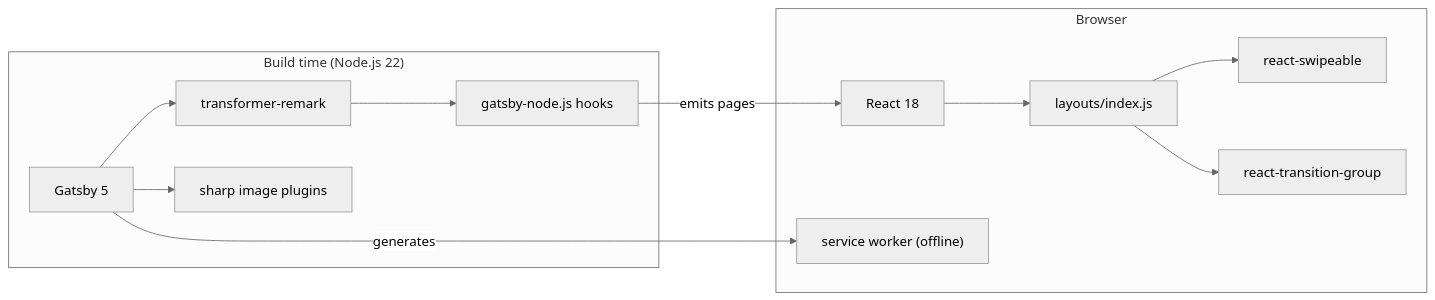
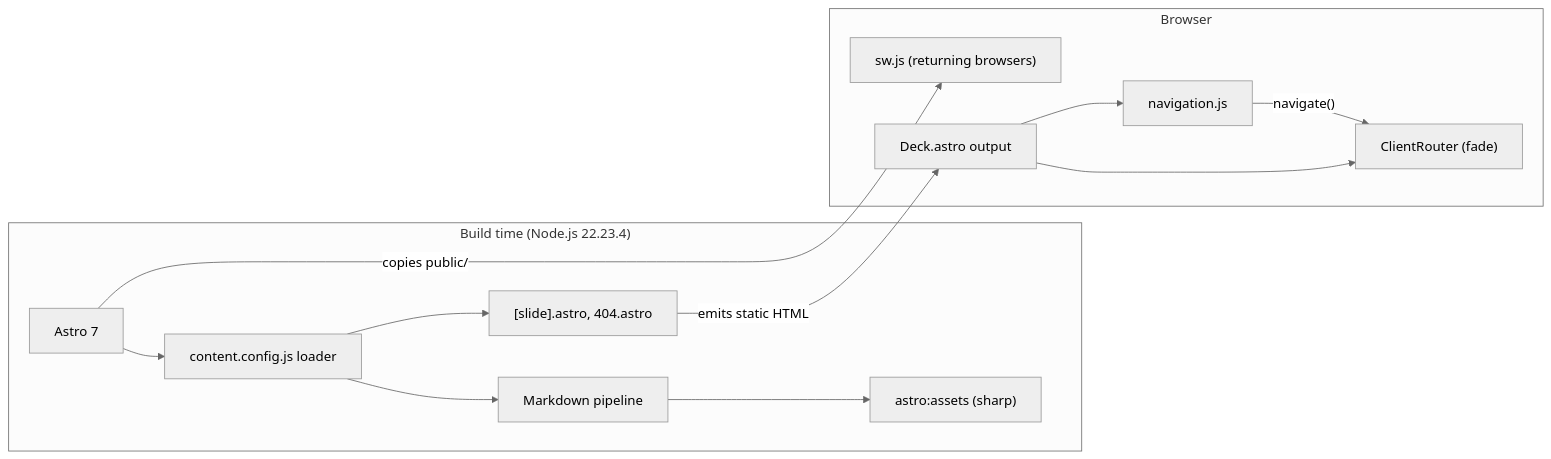
One commit to sshahar1/introduction-to-data-engineering changed the diagram in .specify/architect/views/system/development.md. Above: the diagram before and after it, drawn with Mermaid (neutral theme). The commit also changed other lines of this file and 7 other files, not shown here.

First line of the commit message:
docs: regenerate AD.md for the Astro architecture (T033)

````diff
--- a/.specify/architect/views/system/development.md
+++ b/.specify/architect/views/system/development.md
@@ -55,23 +58,24 @@
 ```mermaid
 graph LR
-    subgraph BuildTime["Build time (Node.js 22)"]
-        Gatsby["Gatsby 5"]
-        Remark["transformer-remark"]
-        Sharp["sharp image plugins"]
-        Node["gatsby-node.js hooks"]
+    subgraph BuildTime["Build time (Node.js 22.23.4)"]
+        Astro["Astro 7"]
+        Loader["content.config.js loader"]
+        MD["Markdown pipeline"]
+        Sharp["astro:assets (sharp)"]
+        Pages["[slide].astro, 404.astro"]
     end
     subgraph Browser["Browser"]
-        React["React 18"]
-        Layout["layouts/index.js"]
-        Swipe["react-swipeable"]
-        RTG["react-transition-group"]
-        SW["service worker (offline)"]
+        Deck["Deck.astro output"]
+        Router["ClientRouter (fade)"]
+        Nav["navigation.js"]
+        Kill["sw.js (returning browsers)"]
     end
-    Gatsby --> Remark --> Node
-    Gatsby --> Sharp
-    Node -->|"emits pages"| React
-    React --> Layout
-    Layout --> Swipe
-    Layout --> RTG
-    Gatsby -->|"generates"| SW
+    Astro --> Loader --> MD
+    MD --> Sharp
+    Loader --> Pages
+    Pages -->|"emits static HTML"| Deck
+    Deck --> Router
+    Deck --> Nav
+    Nav -->|"navigate()"| Router
+    Astro -->|"copies public/"| Kill
 ```
````
